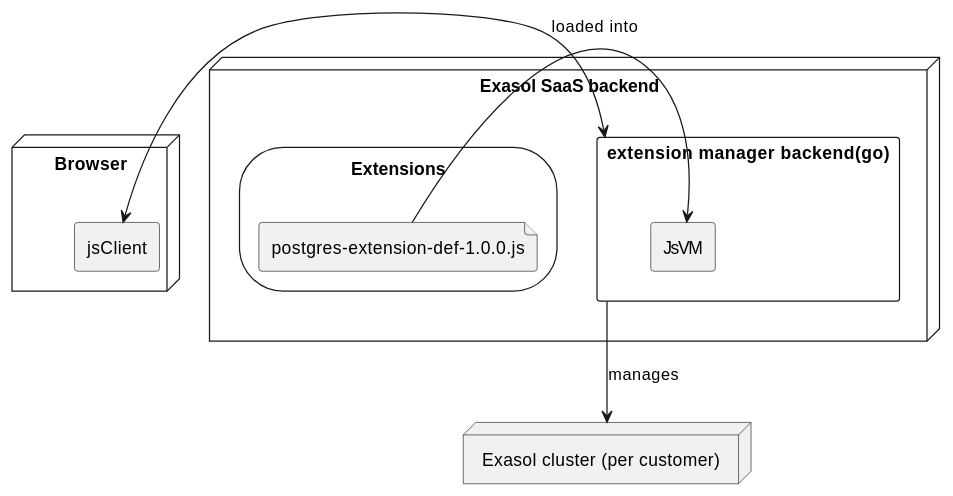
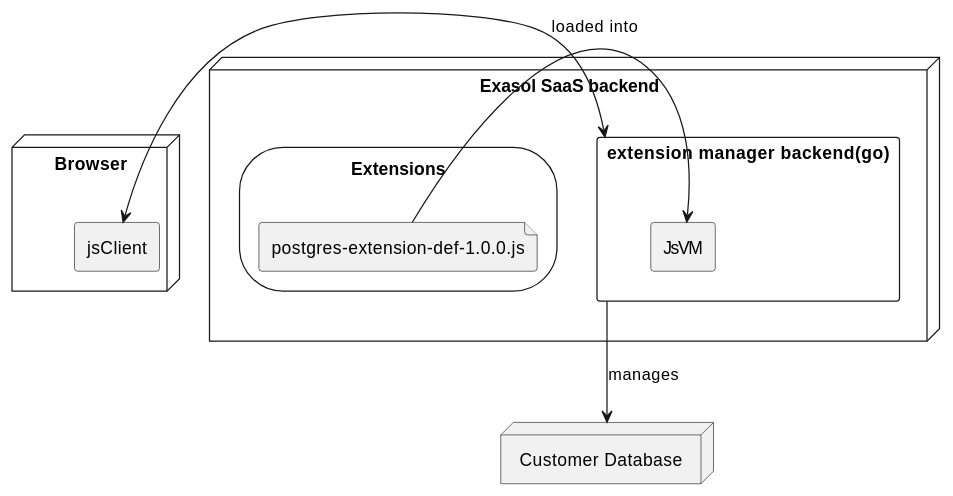
One commit to exasol/extension-manager changed the first of 7 diagrams in doc/design/design.md. Above: the diagram before and after it, drawn with PlantUML. The commit also changed other lines of this file and 24 other files, not shown here.

````diff
--- a/doc/design/design.md
+++ b/doc/design/design.md
@@ -14,26 +14,26 @@
 ```plantuml
 @startuml
 node "Exasol SaaS backend"{
 rectangle backend as "extension manager backend(go)"{
 rectangle JsVM
 }
 storage Extensions{
 file installer as "postgres-extension-def-1.0.0.js"
 }
 }
 
-node customerCluster as "Exasol cluster (per customer)"{
+node customerCluster as "Customer Database"{
 
 }
 
 node Browser{
 rectangle jsClient{
 
     }
 }
 
 jsClient <-> backend
 JsVM <- installer: loaded into
 backend --> customerCluster: manages
 @enduml
 ```
````
